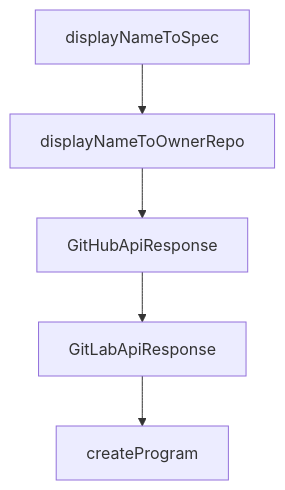
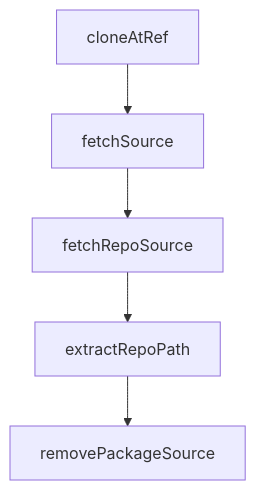
One commit to johnxie/awesome-code-docs changed the diagram in tutorials/opensrc-tutorial/03-multi-registry-package-fetching.md. Above: the diagram before and after it, drawn with Mermaid. The commit also changed other lines of this file and 1232 other files, not shown here.

````diff
--- a/tutorials/opensrc-tutorial/03-multi-registry-package-fetching.md
+++ b/tutorials/opensrc-tutorial/03-multi-registry-package-fetching.md
@@ -212,12 +219,12 @@
 ```mermaid
 flowchart TD
-    A[displayNameToSpec]
-    B[displayNameToOwnerRepo]
-    C[GitHubApiResponse]
-    D[GitLabApiResponse]
-    E[createProgram]
+    A[cloneAtRef]
+    B[fetchSource]
+    C[fetchRepoSource]
+    D[extractRepoPath]
+    E[removePackageSource]
     A --> B
     B --> C
     C --> D
     D --> E
 ```
````
